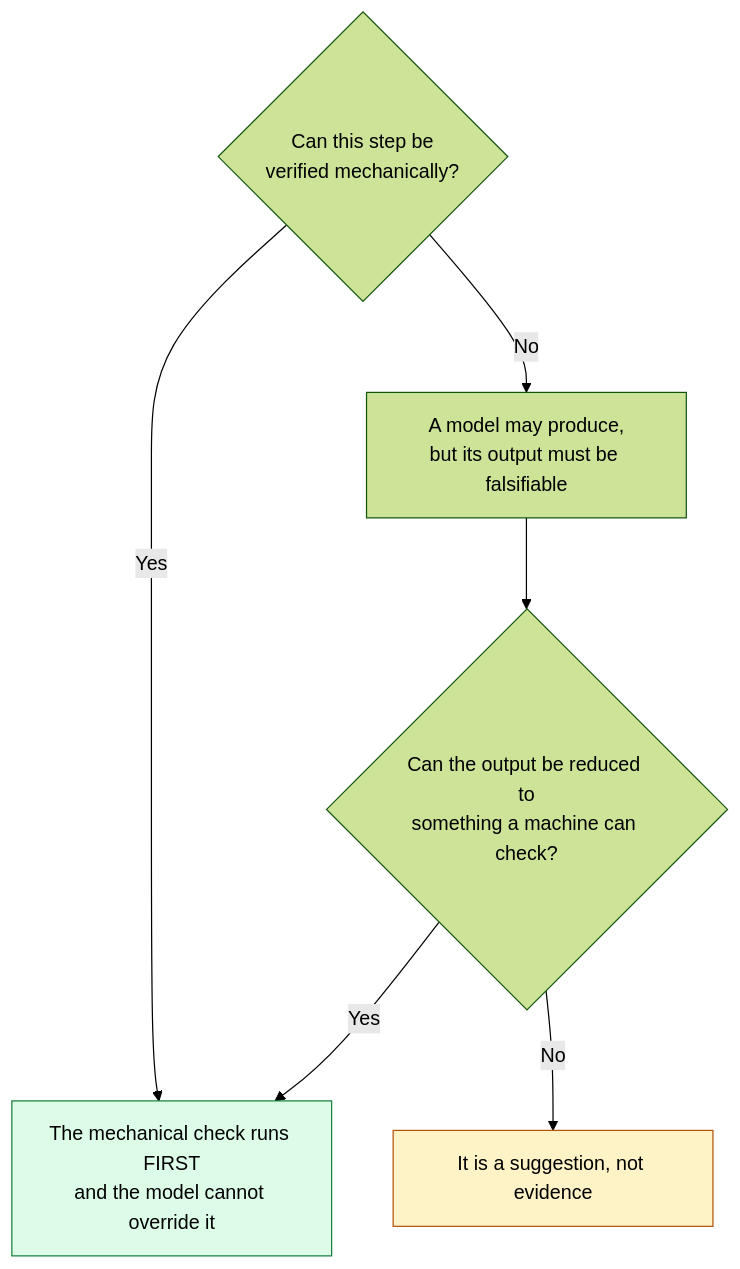
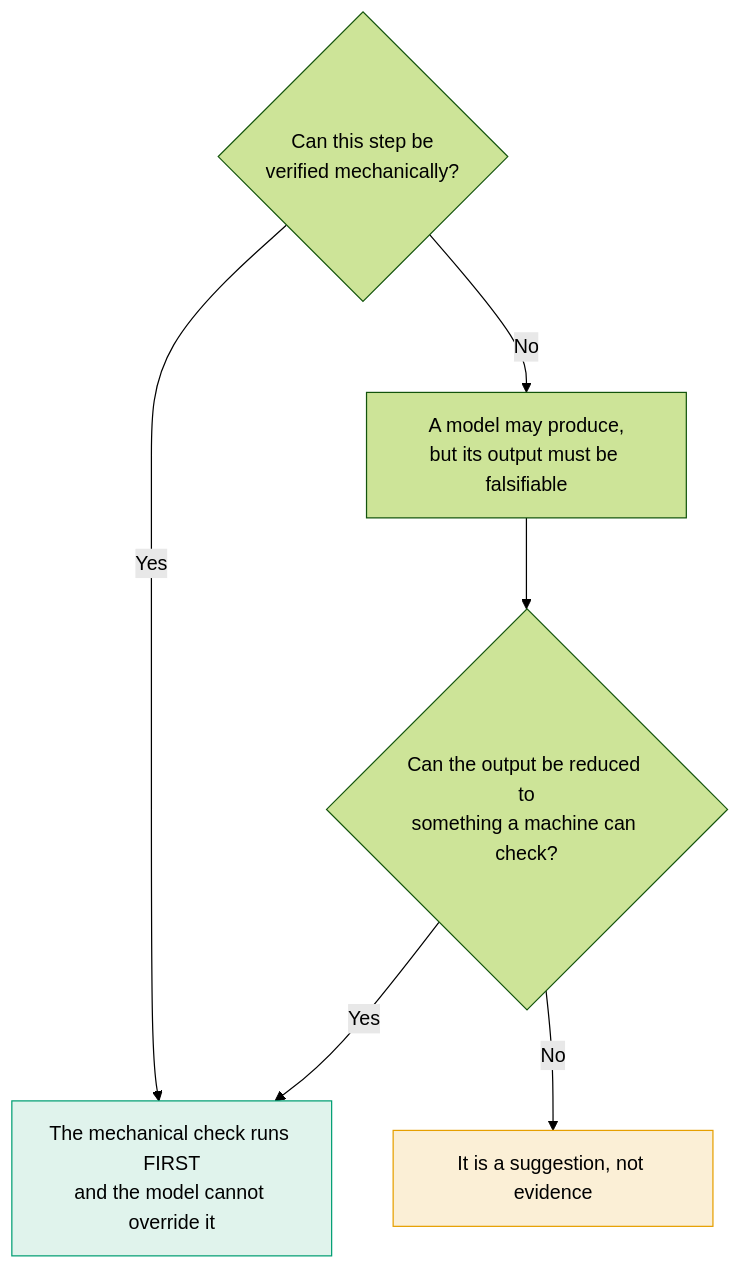
Before and after one commit to furkanhanilci/AETHRION: the third of 16 diagrams in README.md, drawn with Mermaid (forest theme). The commit also changed other lines of this file and 32 other files, not shown here.

````diff
--- a/README.md
+++ b/README.md
@@ -132,11 +142,11 @@
 ```mermaid
 flowchart TD
     Q{"Can this step be<br/>verified mechanically?"}
     Q -->|Yes| M["The mechanical check runs FIRST<br/>and the model cannot override it"]
     Q -->|No| P["A model may produce,<br/>but its output must be falsifiable"]
     P --> F{"Can the output be reduced to<br/>something a machine can check?"}
     F -->|No| S["It is a suggestion, not evidence"]
     F -->|Yes| M
-    style M fill:#dcfce7,stroke:#15803d,color:#000
-    style S fill:#fef3c7,stroke:#b45309,color:#000
+    style M fill:#E0F3EC,stroke:#009E73,color:#000
+    style S fill:#FBEFD6,stroke:#E69F00,color:#000
 ```
````
